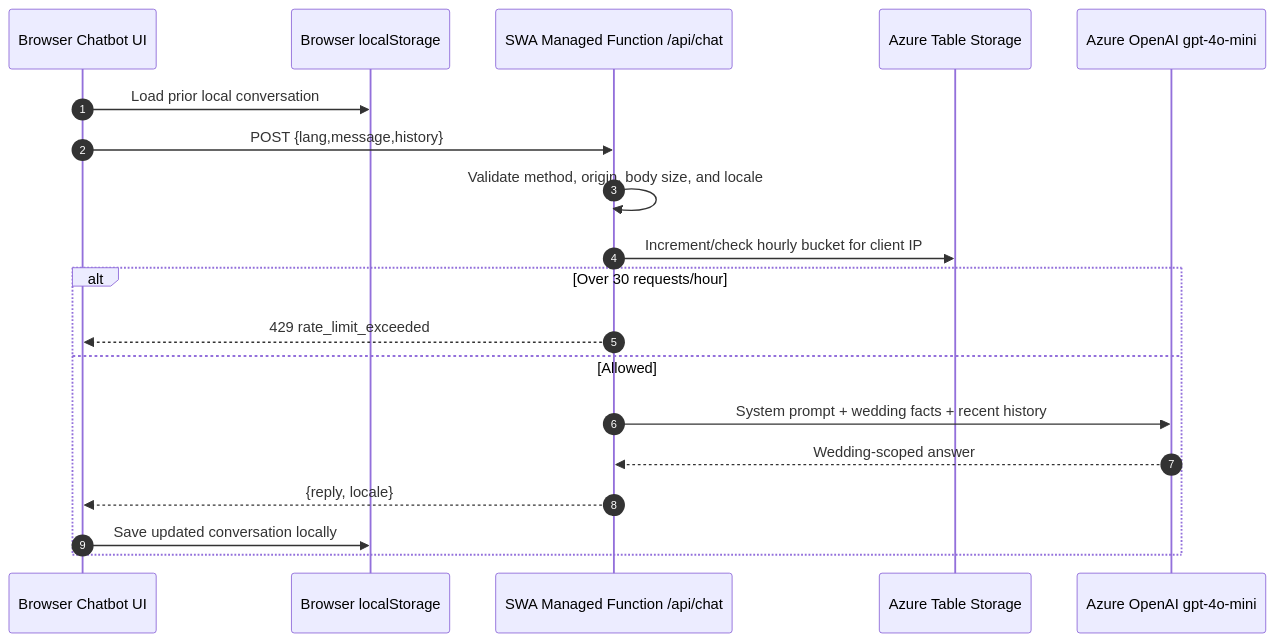
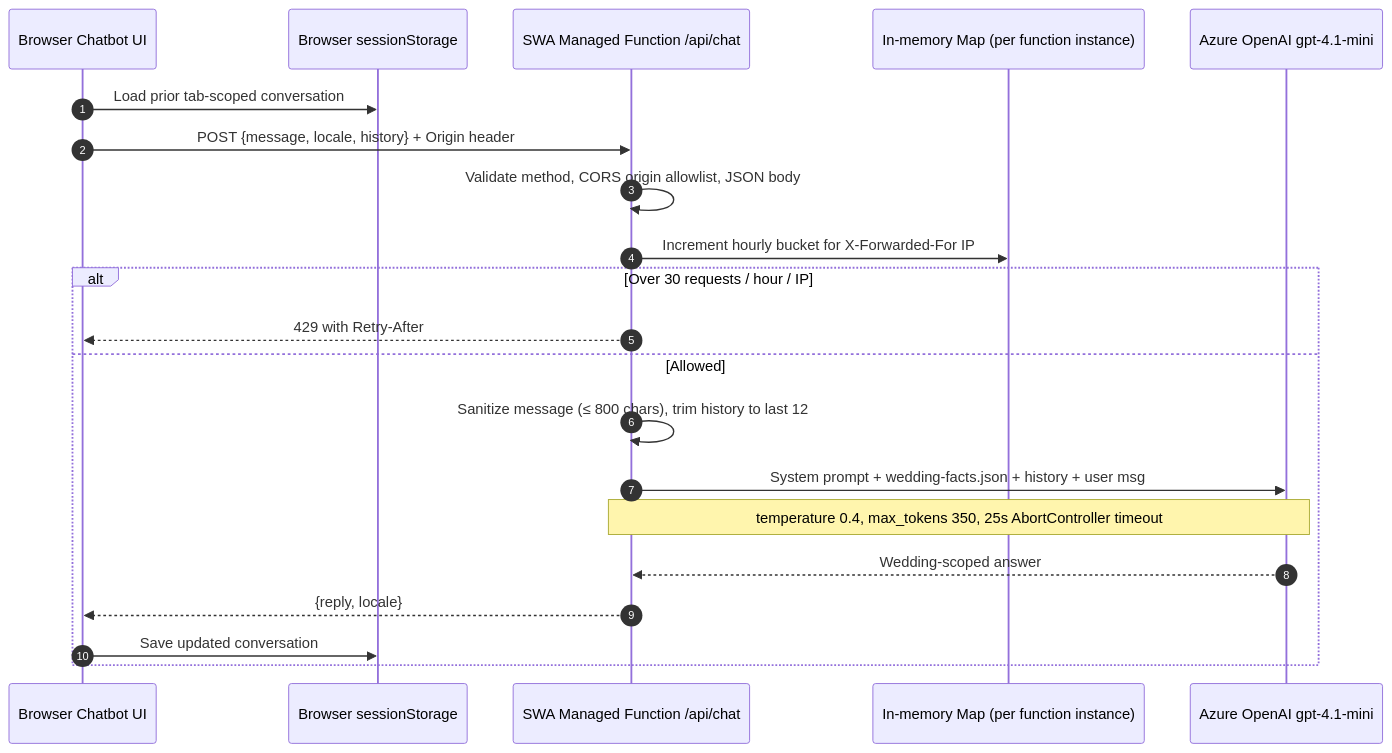
The fourth of 4 diagrams in ARCHITECTURE.md (jlienus/wedding-website), drawn with Mermaid before and after one commit. The commit also changed other lines of this file, not shown here.

First line of the commit message:
docs(architecture): mark AI Concierge as Live; reflect as-built design

````diff
--- a/ARCHITECTURE.md
+++ b/ARCHITECTURE.md
@@ -783,22 +789,24 @@
 ```mermaid
 sequenceDiagram
     autonumber
     participant Browser as Browser Chatbot UI
-    participant Storage as Browser localStorage
+    participant Storage as Browser sessionStorage
     participant Api as SWA Managed Function /api/chat
-    participant Rate as Azure Table Storage
-    participant Model as Azure OpenAI gpt-4o-mini
+    participant Rate as In-memory Map (per function instance)
+    participant Model as Azure OpenAI gpt-4.1-mini
 
-    Browser->>Storage: Load prior local conversation
-    Browser->>Api: POST {lang,message,history}
-    Api->>Api: Validate method, origin, body size, and locale
-    Api->>Rate: Increment/check hourly bucket for client IP
-    alt Over 30 requests/hour
-        Api-->>Browser: 429 rate_limit_exceeded
+    Browser->>Storage: Load prior tab-scoped conversation
+    Browser->>Api: POST {message, locale, history} + Origin header
+    Api->>Api: Validate method, CORS origin allowlist, JSON body
+    Api->>Rate: Increment hourly bucket for X-Forwarded-For IP
+    alt Over 30 requests / hour / IP
+        Api-->>Browser: 429 with Retry-After
     else Allowed
-        Api->>Model: System prompt + wedding facts + recent history
+        Api->>Api: Sanitize message (≤ 800 chars), trim history to last 12
+        Api->>Model: System prompt + wedding-facts.json + history + user msg
+        Note over Api,Model: temperature 0.4, max_tokens 350, 25s AbortController timeout
         Model-->>Api: Wedding-scoped answer
         Api-->>Browser: {reply, locale}
-        Browser->>Storage: Save updated conversation locally
+        Browser->>Storage: Save updated conversation
     end
 ```
````
